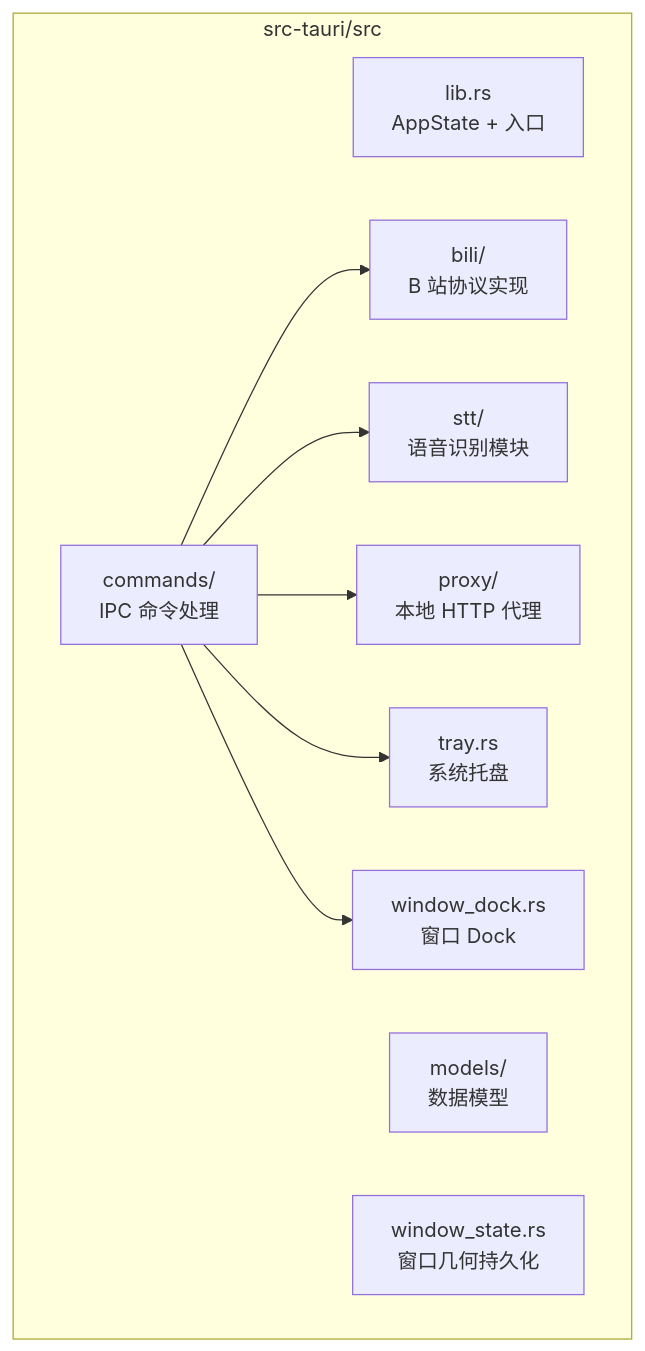
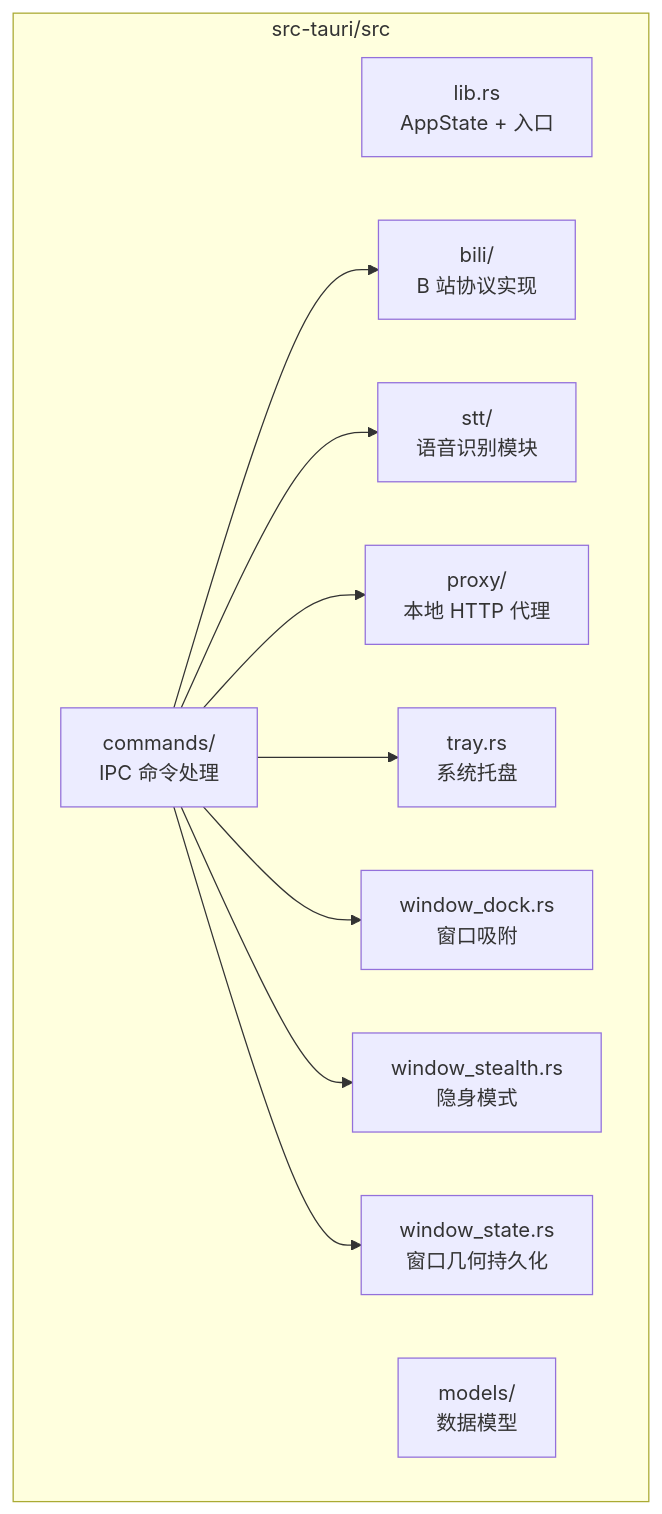
Before and after one commit to sfqy211/bilidanmu: the first of 2 diagrams in docs/docs/architecture/backend.md, drawn with Mermaid. The commit also changed other lines of this file and 29 other files, not shown here.

````diff
--- a/docs/docs/architecture/backend.md
+++ b/docs/docs/architecture/backend.md
@@ -20,20 +21,23 @@
 ```mermaid
 graph TB
     subgraph BiliDanmu["src-tauri/src"]
         lib["lib.rs<br/>AppState + 入口"]
         commands["commands/<br/>IPC 命令处理"]
         bili["bili/<br/>B 站协议实现"]
         models["models/<br/>数据模型"]
         stt["stt/<br/>语音识别模块"]
         proxy["proxy/<br/>本地 HTTP 代理"]
         tray["tray.rs<br/>系统托盘"]
-        window["window_dock.rs<br/>窗口 Dock"]
-        state["window_state.rs<br/>窗口几何持久化"]
+        dock["window_dock.rs<br/>窗口吸附"]
+        stealth["window_stealth.rs<br/>隐身模式"]
+        wstate["window_state.rs<br/>窗口几何持久化"]
     end
 
     commands --> bili
     commands --> stt
     commands --> proxy
     commands --> tray
-    commands --> window
+    commands --> dock
+    commands --> stealth
+    commands --> wstate
 ```
````
